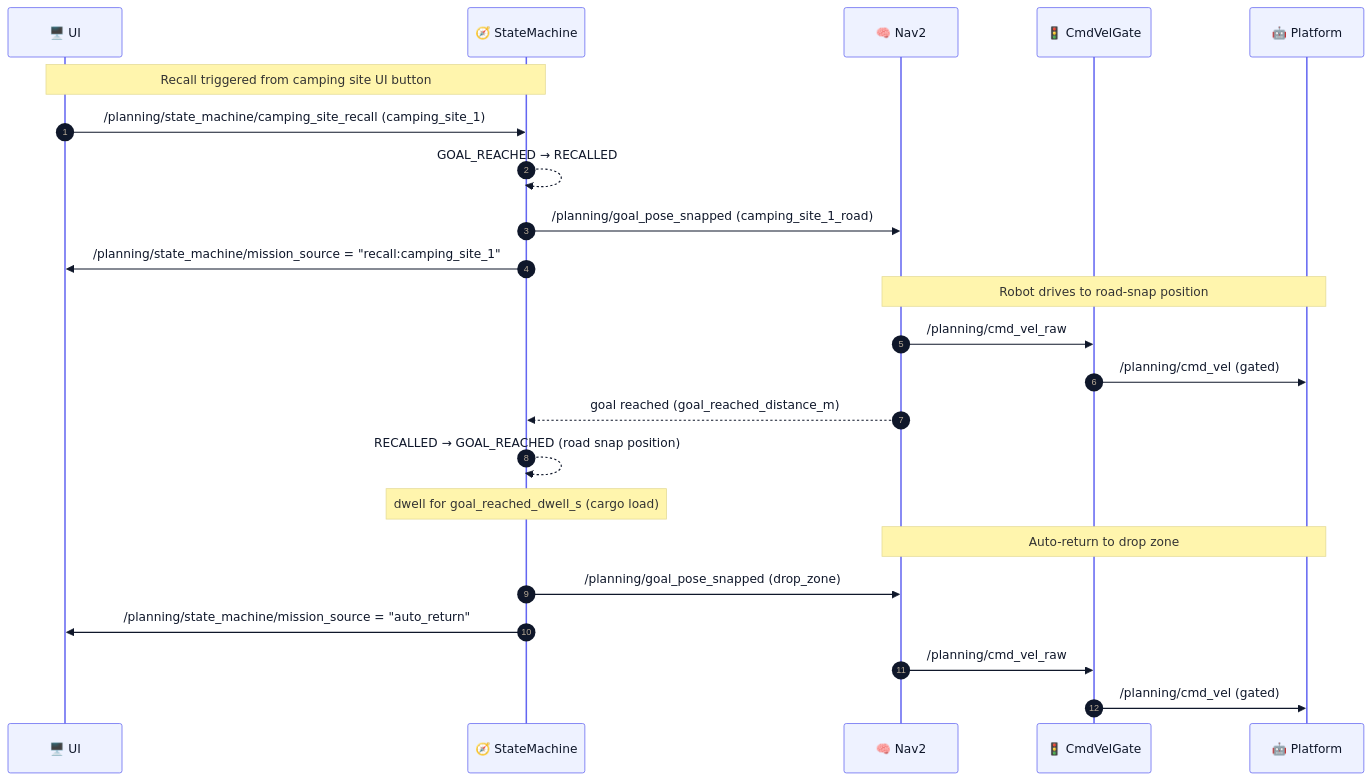
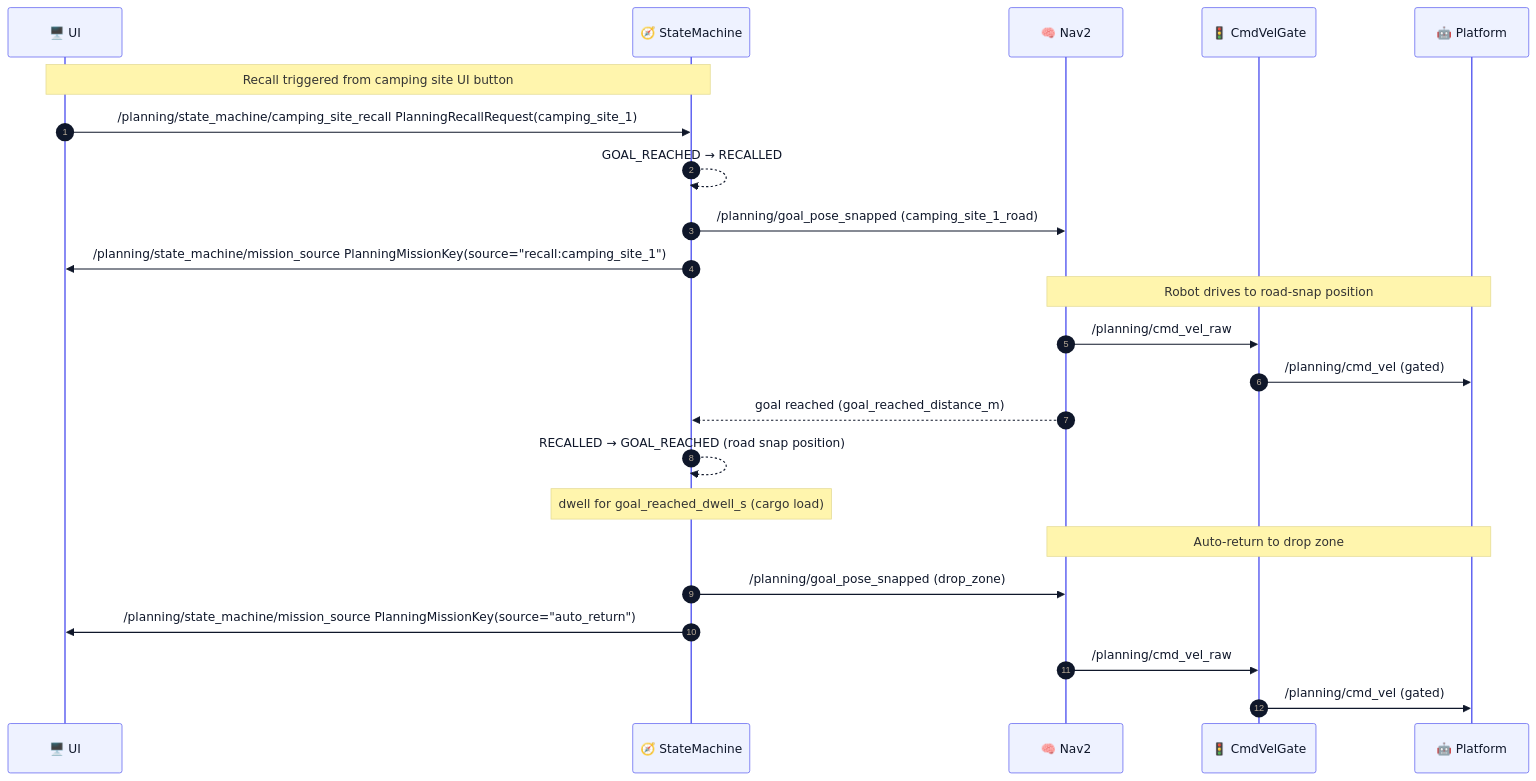
Before and after one commit to hwanhonglee/CAMROD: the fourth of 4 diagrams in camrod_planning/README.md, drawn with Mermaid. The commit also changed other lines of this file and 184 other files, not shown here.

````diff
--- a/camrod_planning/README.md
+++ b/camrod_planning/README.md
@@ -399,30 +436,30 @@
 ```mermaid
 %%{init: {'theme': 'base', 'themeVariables': {'fontFamily': 'ui-sans-serif, system-ui, sans-serif', 'fontSize': '14px', 'primaryColor': '#EEF2FF', 'primaryTextColor': '#0F172A', 'primaryBorderColor': '#6366F1', 'lineColor': '#475569'}}}%%
 sequenceDiagram
   autonumber
   participant UI as 🖥️ UI
   participant SM as 🧭 StateMachine
   participant Nav2 as 🧠 Nav2
   participant Gate as 🚦 CmdVelGate
   participant Plat as 🤖 Platform
 
   Note over UI,SM: Recall triggered from camping site UI button
-  UI->>SM: /planning/state_machine/camping_site_recall (camping_site_1)
+  UI->>SM: /planning/state_machine/camping_site_recall PlanningRecallRequest(camping_site_1)
   SM-->>SM: GOAL_REACHED → RECALLED
   SM->>Nav2: /planning/goal_pose_snapped (camping_site_1_road)
-  SM->>UI: /planning/state_machine/mission_source = "recall:camping_site_1"
+  SM->>UI: /planning/state_machine/mission_source PlanningMissionKey(source="recall:camping_site_1")
 
   Note over Nav2,Plat: Robot drives to road-snap position
   Nav2->>Gate: /planning/cmd_vel_raw
   Gate->>Plat: /planning/cmd_vel (gated)
 
   Nav2-->>SM: goal reached (goal_reached_distance_m)
   SM-->>SM: RECALLED → GOAL_REACHED (road snap position)
   Note over SM: dwell for goal_reached_dwell_s (cargo load)
 
   Note over Nav2,Plat: Auto-return to drop zone
   SM->>Nav2: /planning/goal_pose_snapped (drop_zone)
-  SM->>UI: /planning/state_machine/mission_source = "auto_return"
+  SM->>UI: /planning/state_machine/mission_source PlanningMissionKey(source="auto_return")
   Nav2->>Gate: /planning/cmd_vel_raw
   Gate->>Plat: /planning/cmd_vel (gated)
 ```
````
